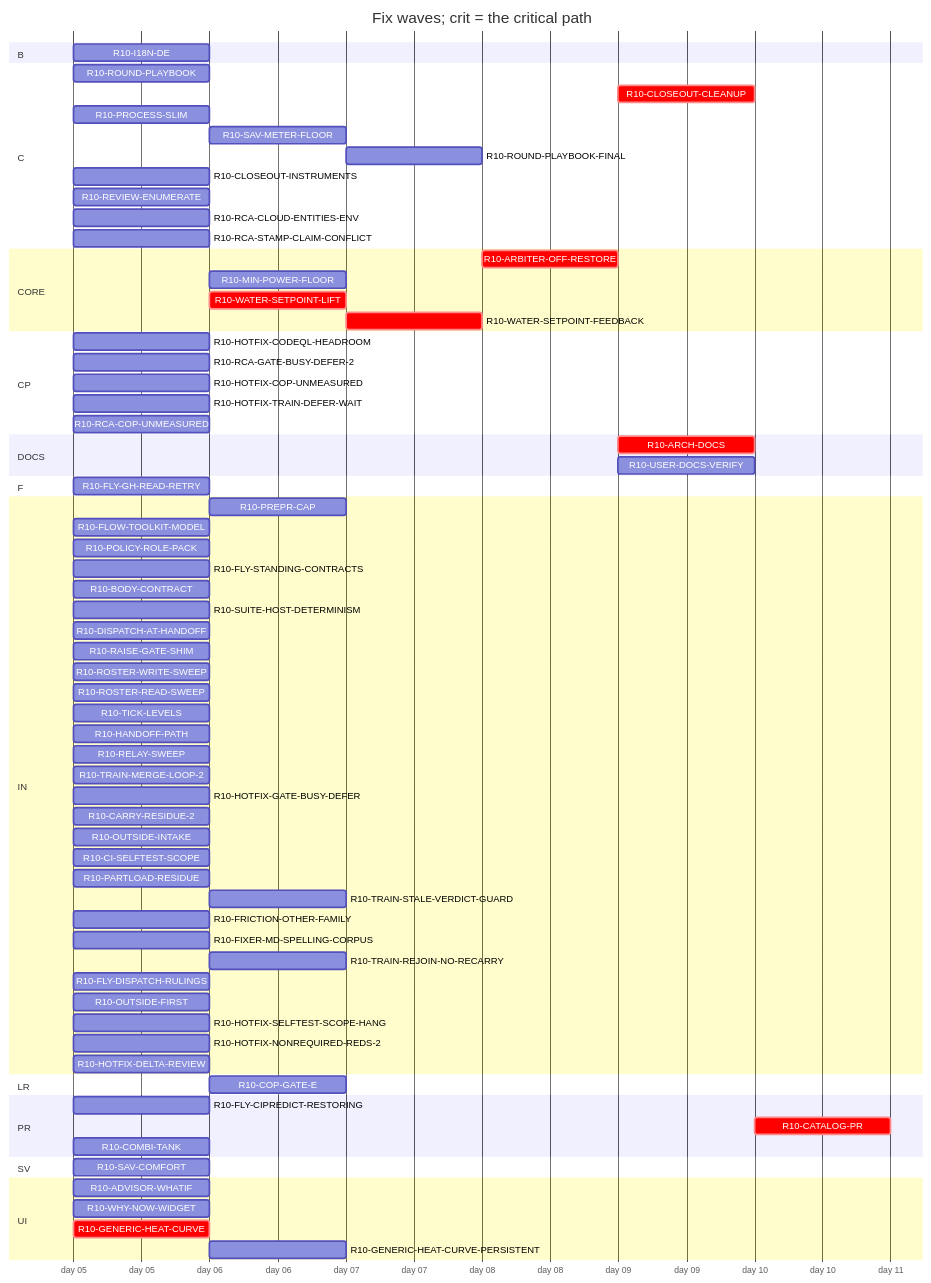
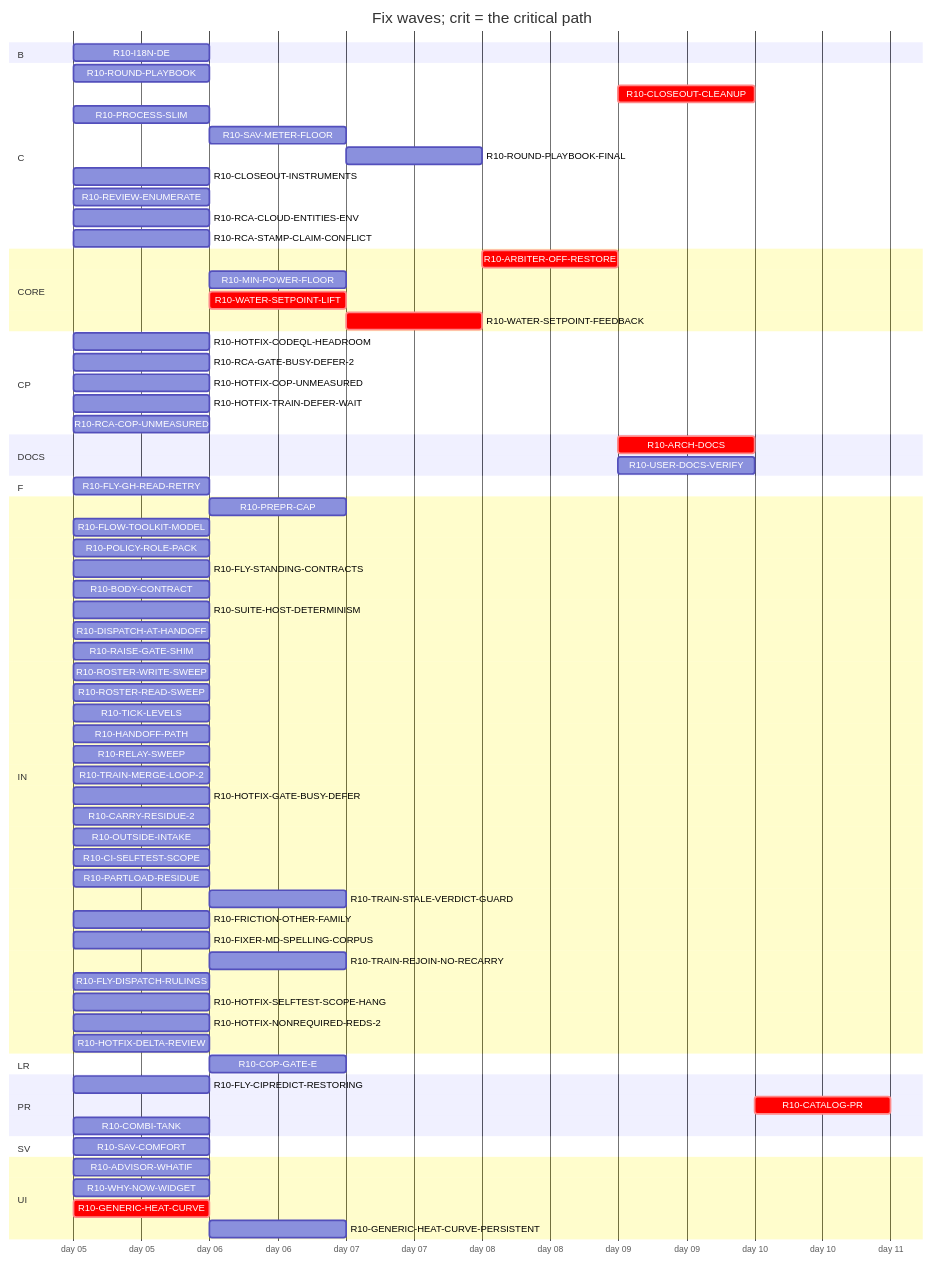
One commit to tvofi/heatpump_optimizer changed the diagram in handoff/round10/state/PLAN-TABLE.md. Above: the diagram before and after it, drawn with Mermaid. The commit also changed other lines of this file and 3 other files, not shown here.

Commit message:
state: FLOW-BOARD.md, NEXT-SESSION-PROMPT.md, PLAN-TABLE.md, RESUME-CURRENT.md regenerated (state_docs.py)

````diff
--- a/handoff/round10/state/PLAN-TABLE.md
+++ b/handoff/round10/state/PLAN-TABLE.md
@@ -24,76 +24,75 @@
 ```mermaid
 gantt
   title Fix waves; crit = the critical path
   dateFormat YYYY-MM-DD
   axisFormat day %d
   section B
     R10-I18N-DE :r10I18NDE, 2026-01-05, 1d
   section C
     R10-ROUND-PLAYBOOK :r10ROUNDPLAYBOOK, 2026-01-05, 1d
     R10-CLOSEOUT-CLEANUP :crit, r10CLOSEOUTCLEANUP, after r10ARCHDOCS r10USERDOCSVERIFY r10ROUNDPLAYBOOKFINAL r10CLOSEOUTINSTRUMENTS r10RCAGATEBUSYDEFER2 r10RCACOPUNMEASURED r10FRICTIONOTHERFAMILY, 1d
     R10-PROCESS-SLIM :r10PROCESSSLIM, 2026-01-05, 1d
     R10-SAV-METER-FLOOR :r10SAVMETERFLOOR, after r10SAVCOMFORT, 1d
     R10-ROUND-PLAYBOOK-FINAL :r10ROUNDPLAYBOOKFINAL, after r10PREPRCAP r10HANDOFFPATH r10RELAYSWEEP r10DISPATCHATHANDOFF r10BODYCONTRACT r10TICKLEVELS r10ROSTERWRITESWEEP r10ROSTERREADSWEEP r10FLYSTANDINGCONTRACTS r10POLICYROLEPACK r10FLOWTOOLKITMODEL r10FLYCIPREDICTRESTORING r10RAISEGATESHIM r10FLYGHREADRETRY r10SUITEHOSTDETERMINISM r10ROUNDPLAYBOOK r10PROCESSSLIM r10TRAINMERGELOOP2 r10CARRYRESIDUE2 r10HOTFIXCODEQLHEADROOM r10OUTSIDEINTAKE r10HOTFIXTRAINDEFERWAIT r10CISELFTESTSCOPE r10TRAINSTALEVERDICTGUARD r10CLOSEOUTINSTRUMENTS r10FRICTIONOTHERFAMILY r10FIXERMDSPELLINGCORPUS, 1d
     R10-CLOSEOUT-INSTRUMENTS :r10CLOSEOUTINSTRUMENTS, 2026-01-05, 1d
     R10-REVIEW-ENUMERATE :r10REVIEWENUMERATE, 2026-01-05, 1d
     R10-RCA-CLOUD-ENTITIES-ENV :r10RCACLOUDENTITIESENV, 2026-01-05, 1d
     R10-RCA-STAMP-CLAIM-CONFLICT :r10RCASTAMPCLAIMCONFLICT, 2026-01-05, 1d
   section CORE
     R10-ARBITER-OFF-RESTORE :crit, r10ARBITEROFFRESTORE, after r10GENERICHEATCURVE r10GENERICHEATCURVEPERSISTENT r10WATERSETPOINTLIFT r10WATERSETPOINTFEEDBACK, 1d
     R10-MIN-POWER-FLOOR :r10MINPOWERFLOOR, after r10HOTFIXCOPUNMEASURED r10GENERICHEATCURVE, 1d
     R10-WATER-SETPOINT-LIFT :crit, r10WATERSETPOINTLIFT, after r10GENERICHEATCURVE, 1d
     R10-WATER-SETPOINT-FEEDBACK :crit, r10WATERSETPOINTFEEDBACK, after r10WATERSETPOINTLIFT, 1d
   section CP
     R10-HOTFIX-CODEQL-HEADROOM :r10HOTFIXCODEQLHEADROOM, 2026-01-05, 1d
     R10-RCA-GATE-BUSY-DEFER-2 :r10RCAGATEBUSYDEFER2, 2026-01-05, 1d
     R10-HOTFIX-COP-UNMEASURED :r10HOTFIXCOPUNMEASURED, 2026-01-05, 1d
     R10-HOTFIX-TRAIN-DEFER-WAIT :r10HOTFIXTRAINDEFERWAIT, 2026-01-05, 1d
     R10-RCA-COP-UNMEASURED :r10RCACOPUNMEASURED, 2026-01-05, 1d
   section DOCS
     R10-ARCH-DOCS :crit, r10ARCHDOCS, after r10SAVCOMFORT r10WHYNOWWIDGET r10ADVISORWHATIF r10PREPRCAP r10HANDOFFPATH r10RELAYSWEEP r10DISPATCHATHANDOFF r10BODYCONTRACT r10TICKLEVELS r10ROSTERWRITESWEEP r10ROSTERREADSWEEP r10FLYSTANDINGCONTRACTS r10POLICYROLEPACK r10FLOWTOOLKITMODEL r10FLYCIPREDICTRESTORING r10RAISEGATESHIM r10FLYGHREADRETRY r10SUITEHOSTDETERMINISM r10PROCESSSLIM r10SAVMETERFLOOR r10HOTFIXCOPUNMEASURED r10COPGATEE r10PARTLOADRESIDUE r10I18NDE r10GENERICHEATCURVE r10GENERICHEATCURVEPERSISTENT r10ARBITEROFFRESTORE r10TRAINMERGELOOP2 r10CARRYRESIDUE2 r10HOTFIXCODEQLHEADROOM r10OUTSIDEINTAKE r10HOTFIXTRAINDEFERWAIT r10CISELFTESTSCOPE r10TRAINSTALEVERDICTGUARD r10COMBITANK r10CLOSEOUTINSTRUMENTS r10MINPOWERFLOOR r10ROUNDPLAYBOOK r10RCAGATEBUSYDEFER2 r10FRICTIONOTHERFAMILY r10RCACOPUNMEASURED, 1d
     R10-USER-DOCS-VERIFY :r10USERDOCSVERIFY, after r10SAVCOMFORT r10WHYNOWWIDGET r10ADVISORWHATIF r10SAVMETERFLOOR r10HOTFIXCOPUNMEASURED r10COPGATEE r10PARTLOADRESIDUE r10I18NDE r10GENERICHEATCURVE r10GENERICHEATCURVEPERSISTENT r10ARBITEROFFRESTORE r10COMBITANK r10MINPOWERFLOOR, 1d
   section F
     R10-FLY-GH-READ-RETRY :r10FLYGHREADRETRY, 2026-01-05, 1d
   section IN
     R10-PREPR-CAP :r10PREPRCAP, after r10PROCESSSLIM, 1d
     R10-FLOW-TOOLKIT-MODEL :r10FLOWTOOLKITMODEL, 2026-01-05, 1d
     R10-POLICY-ROLE-PACK :r10POLICYROLEPACK, 2026-01-05, 1d
     R10-FLY-STANDING-CONTRACTS :r10FLYSTANDINGCONTRACTS, 2026-01-05, 1d
     R10-BODY-CONTRACT :r10BODYCONTRACT, 2026-01-05, 1d
     R10-SUITE-HOST-DETERMINISM :r10SUITEHOSTDETERMINISM, 2026-01-05, 1d
     R10-DISPATCH-AT-HANDOFF :r10DISPATCHATHANDOFF, 2026-01-05, 1d
     R10-RAISE-GATE-SHIM :r10RAISEGATESHIM, 2026-01-05, 1d
     R10-ROSTER-WRITE-SWEEP :r10ROSTERWRITESWEEP, 2026-01-05, 1d
     R10-ROSTER-READ-SWEEP :r10ROSTERREADSWEEP, 2026-01-05, 1d
     R10-TICK-LEVELS :r10TICKLEVELS, 2026-01-05, 1d
     R10-HANDOFF-PATH :r10HANDOFFPATH, 2026-01-05, 1d
     R10-RELAY-SWEEP :r10RELAYSWEEP, 2026-01-05, 1d
     R10-TRAIN-MERGE-LOOP-2 :r10TRAINMERGELOOP2, 2026-01-05, 1d
     R10-HOTFIX-GATE-BUSY-DEFER :r10HOTFIXGATEBUSYDEFER, 2026-01-05, 1d
     R10-CARRY-RESIDUE-2 :r10CARRYRESIDUE2, 2026-01-05, 1d
     R10-OUTSIDE-INTAKE :r10OUTSIDEINTAKE, 2026-01-05, 1d
     R10-CI-SELFTEST-SCOPE :r10CISELFTESTSCOPE, 2026-01-05, 1d
     R10-PARTLOAD-RESIDUE :r10PARTLOADRESIDUE, 2026-01-05, 1d
     R10-TRAIN-STALE-VERDICT-GUARD :r10TRAINSTALEVERDICTGUARD, after r10TRAINMERGELOOP2, 1d
     R10-FRICTION-OTHER-FAMILY :r10FRICTIONOTHERFAMILY, 2026-01-05, 1d
     R10-FIXER-MD-SPELLING-CORPUS :r10FIXERMDSPELLINGCORPUS, 2026-01-05, 1d
     R10-TRAIN-REJOIN-NO-RECARRY :r10TRAINREJOINNORECARRY, after r10HOTFIXTRAINDEFERWAIT r10TRAINMERGELOOP2, 1d
     R10-FLY-DISPATCH-RULINGS :r10FLYDISPATCHRULINGS, 2026-01-05, 1d
-    R10-OUTSIDE-FIRST :r10OUTSIDEFIRST, 2026-01-05, 1d
     R10-HOTFIX-SELFTEST-SCOPE-HANG :r10HOTFIXSELFTESTSCOPEHANG, 2026-01-05, 1d
     R10-HOTFIX-NONREQUIRED-REDS-2 :r10HOTFIXNONREQUIREDREDS2, 2026-01-05, 1d
     R10-HOTFIX-DELTA-REVIEW :r10HOTFIXDELTAREVIEW, 2026-01-05, 1d
   section LR
     R10-COP-GATE-E :r10COPGATEE, after r10HOTFIXCOPUNMEASURED, 1d
   section PR
     R10-FLY-CIPREDICT-RESTORING :r10FLYCIPREDICTRESTORING, 2026-01-05, 1d
     R10-CATALOG-PR :crit, r10CATALOGPR, after r10USERDOCSVERIFY r10ARCHDOCS r10ROUNDPLAYBOOKFINAL r10CLOSEOUTCLEANUP, 1d
     R10-COMBI-TANK :r10COMBITANK, 2026-01-05, 1d
   section SV
     R10-SAV-COMFORT :r10SAVCOMFORT, 2026-01-05, 1d
   section UI
     R10-ADVISOR-WHATIF :r10ADVISORWHATIF, 2026-01-05, 1d
     R10-WHY-NOW-WIDGET :r10WHYNOWWIDGET, 2026-01-05, 1d
     R10-GENERIC-HEAT-CURVE :crit, r10GENERICHEATCURVE, 2026-01-05, 1d
     R10-GENERIC-HEAT-CURVE-PERSISTENT :r10GENERICHEATCURVEPERSISTENT, after r10GENERICHEATCURVE, 1d
 ```
````
